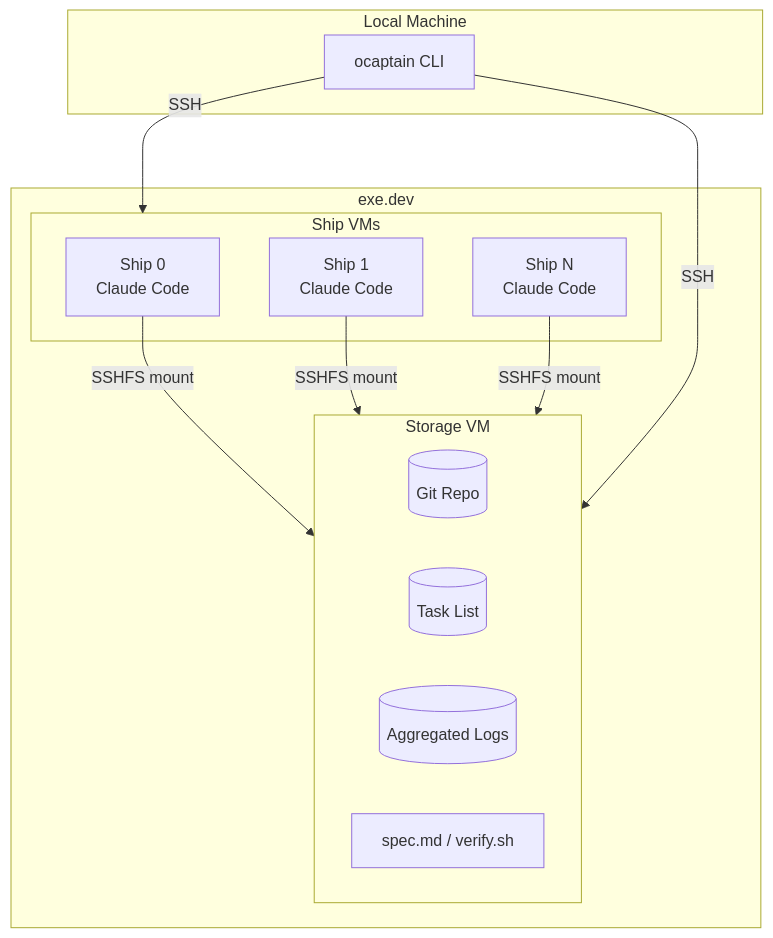
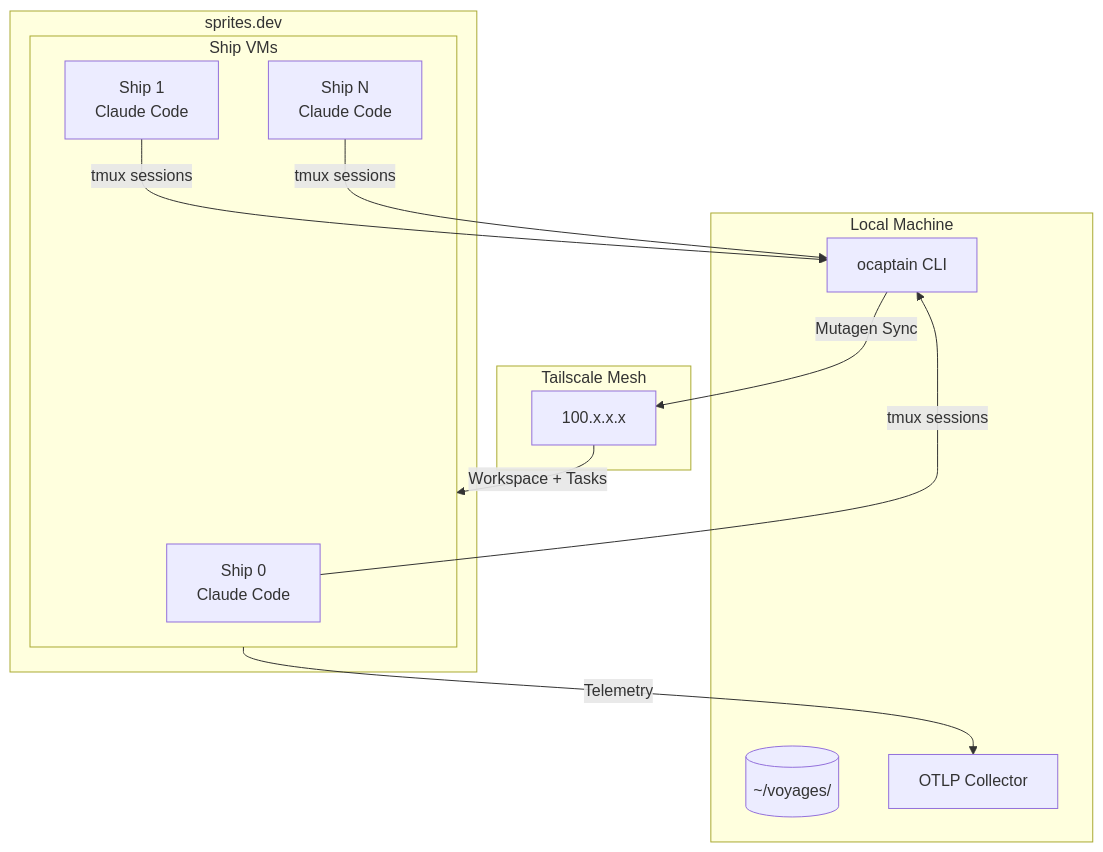
Before and after one commit to smithclay/ohcommodore: the diagram in README.md, drawn with Mermaid. The commit also changed other lines of this file and 1 other file, not shown here.

First line of the commit message:
docs: update README and CLAUDE.md for sprites.dev architecture

````diff
--- a/README.md
+++ b/README.md
@@ -108,28 +128,25 @@
 ```mermaid
 flowchart TB
     subgraph Local["Local Machine"]
         CLI[ocaptain CLI]
+        Voyages[(~/voyages/)]
+        Telemetry[OTLP Collector]
     end
 
-    subgraph ExeDev["exe.dev"]
-        subgraph Storage["Storage VM"]
-            Repo[(Git Repo)]
-            Tasks[(Task List)]
-            Logs[(Aggregated Logs)]
-            Artifacts[spec.md / verify.sh]
-        end
+    subgraph Tailscale["Tailscale Mesh"]
+        TS[100.x.x.x]
+    end
 
+    subgraph Sprites["sprites.dev"]
         subgraph Fleet["Ship VMs"]
             S0[Ship 0<br/>Claude Code]
             S1[Ship 1<br/>Claude Code]
             S2[Ship N<br/>Claude Code]
         end
-
-        S0 -->|SSHFS mount| Storage
-        S1 -->|SSHFS mount| Storage
-        S2 -->|SSHFS mount| Storage
     end
 
-    CLI -->|SSH| Storage
-    CLI -->|SSH| Fleet
+    CLI -->|Mutagen Sync| TS
+    TS -->|Workspace + Tasks| Fleet
+    Fleet -->|Telemetry| Telemetry
+    S0 & S1 & S2 -->|tmux sessions| CLI
 ```
````
